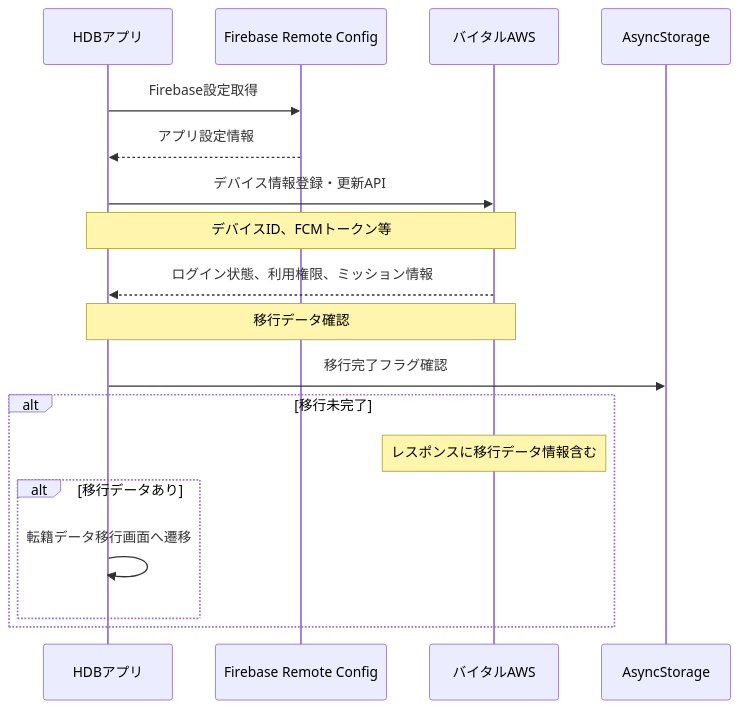
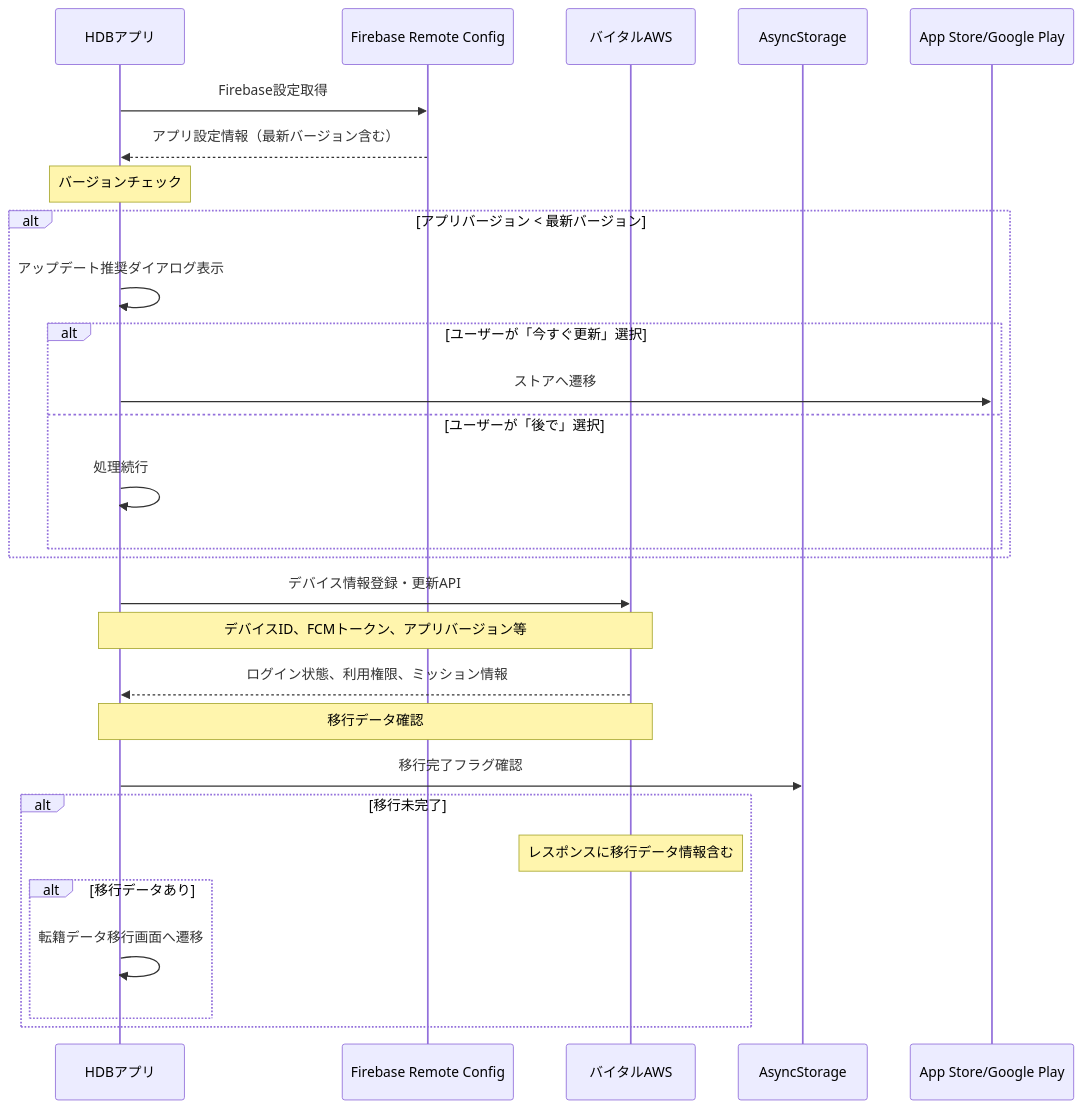
The first of 15 diagrams in doc/QA/画面別API通信図.md (sasaibu/hdb), drawn with Mermaid before and after one commit. The commit also changed other lines of this file and 2 other files, not shown here.

````diff
--- a/doc/QA/画面別API通信図.md
+++ b/doc/QA/画面別API通信図.md
@@ -15,22 +18,34 @@
 ```mermaid
 sequenceDiagram
     participant App as HDBアプリ
     participant Firebase as Firebase Remote Config
     participant AWS as バイタルAWS
     participant Storage as AsyncStorage
+    participant Store as App Store/Google Play
     
     App->>Firebase: Firebase設定取得
-    Firebase-->>App: アプリ設定情報
+    Firebase-->>App: アプリ設定情報（最新バージョン含む）
+    
+    Note over App: バージョンチェック
+    alt アプリバージョン < 最新バージョン
+        App->>App: アップデート推奨ダイアログ表示
+        alt ユーザーが「今すぐ更新」選択
+            App->>Store: ストアへ遷移
+        else ユーザーが「後で」選択
+            App->>App: 処理続行
+        end
+    end
+    
     App->>AWS: デバイス情報登録・更新API
-    Note over App,AWS: デバイスID、FCMトークン等
+    Note over App,AWS: デバイスID、FCMトークン、アプリバージョン等
     AWS-->>App: ログイン状態、利用権限、ミッション情報
     
     Note over App,AWS: 移行データ確認
     App->>Storage: 移行完了フラグ確認
     alt 移行未完了
         Note over AWS: レスポンスに移行データ情報含む
         alt 移行データあり
             App->>App: 転籍データ移行画面へ遷移
         end
     end
 ```
````
